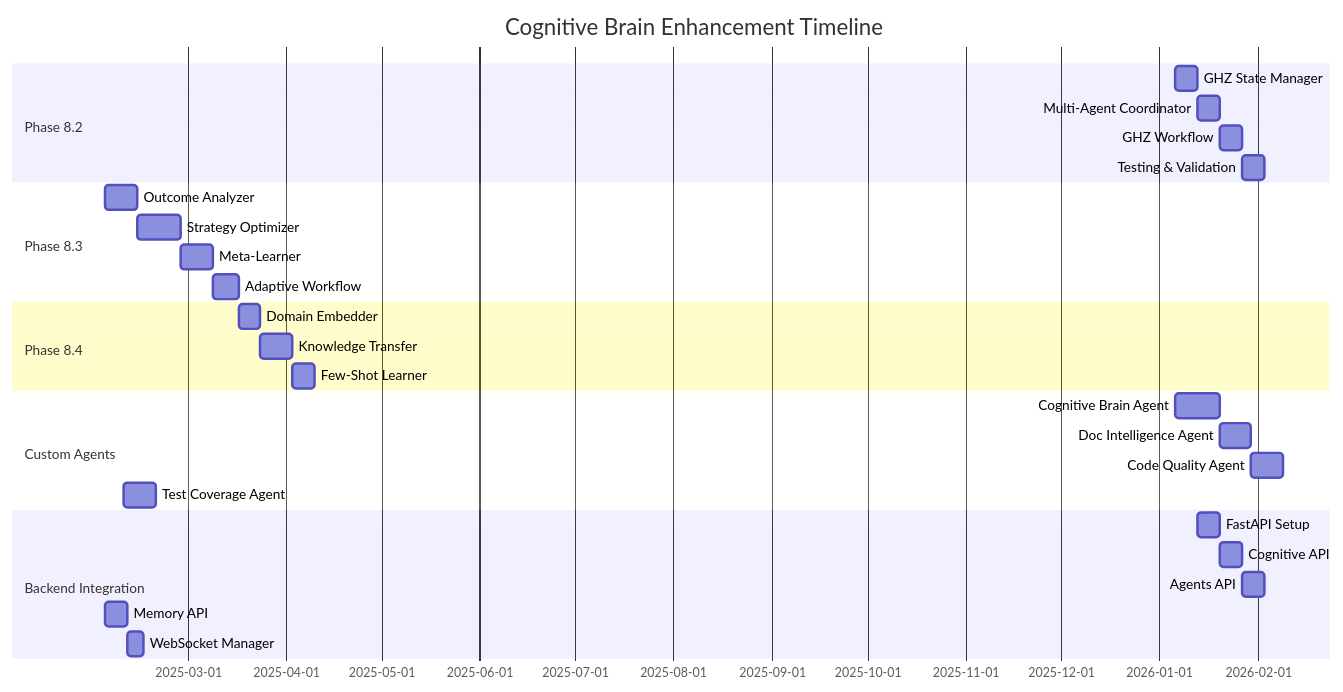
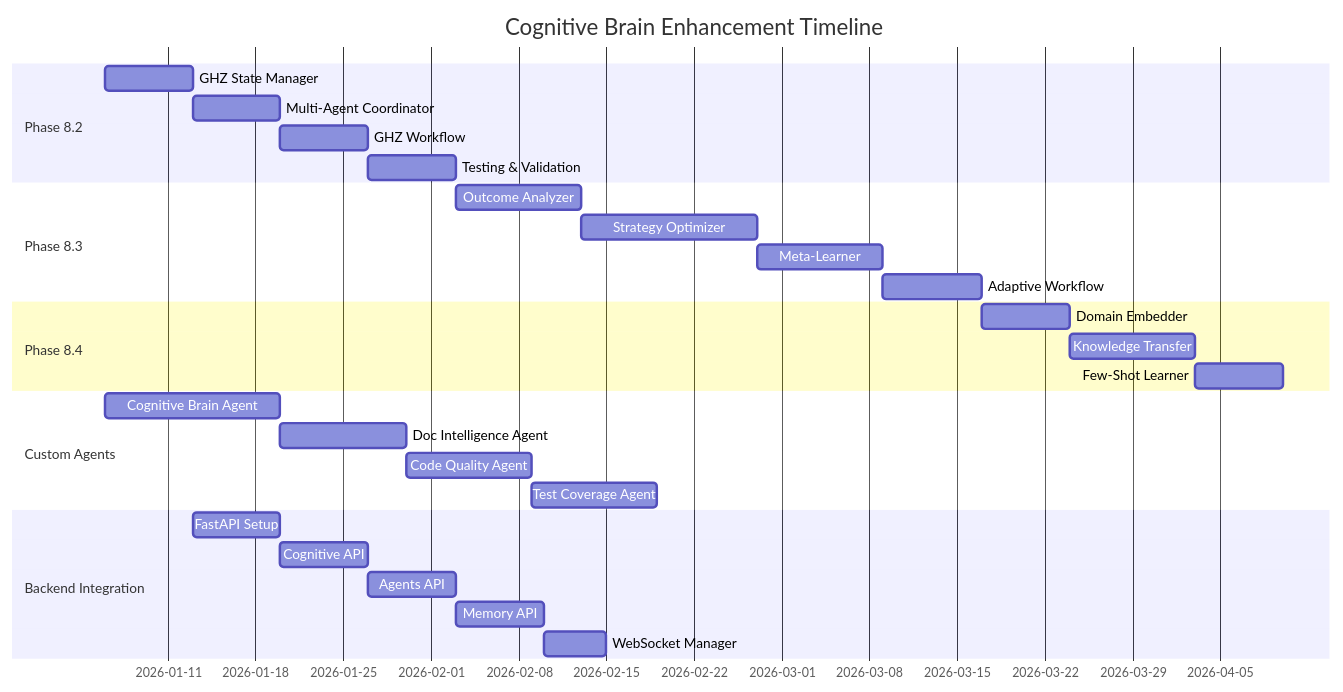
The third of 3 diagrams in .codex/plans/COGNITIVE_BRAIN_STATUS_V2.md (Aries-Serpent/_codex_), drawn with Mermaid before and after one commit. The commit also changed 954 other files, not shown here.

````diff
--- a/.codex/plans/COGNITIVE_BRAIN_STATUS_V2.md
+++ b/.codex/plans/COGNITIVE_BRAIN_STATUS_V2.md
@@ -385,34 +385,34 @@
 ```mermaid
 gantt
     title Cognitive Brain Enhancement Timeline
     dateFormat YYYY-MM-DD
     section Phase 8.2
     GHZ State Manager           :2026-01-06, 7d
     Multi-Agent Coordinator     :2026-01-13, 7d
     GHZ Workflow                :2026-01-20, 7d
     Testing & Validation        :2026-01-27, 7d
     
     section Phase 8.3
-    Outcome Analyzer            :2025-02-03, 10d
-    Strategy Optimizer          :2025-02-13, 14d
-    Meta-Learner                :2025-02-27, 10d
-    Adaptive Workflow           :2025-03-09, 8d
+    Outcome Analyzer            :2026-02-03, 10d
+    Strategy Optimizer          :2026-02-13, 14d
+    Meta-Learner                :2026-02-27, 10d
+    Adaptive Workflow           :2026-03-09, 8d
     
     section Phase 8.4
-    Domain Embedder             :2025-03-17, 7d
-    Knowledge Transfer          :2025-03-24, 10d
-    Few-Shot Learner            :2025-04-03, 7d
+    Domain Embedder             :2026-03-17, 7d
+    Knowledge Transfer          :2026-03-24, 10d
+    Few-Shot Learner            :2026-04-03, 7d
     
     section Custom Agents
     Cognitive Brain Agent       :2026-01-06, 14d
     Doc Intelligence Agent      :2026-01-20, 10d
     Code Quality Agent          :2026-01-30, 10d
-    Test Coverage Agent         :2025-02-09, 10d
+    Test Coverage Agent         :2026-02-09, 10d
     
     section Backend Integration
     FastAPI Setup               :2026-01-13, 7d
     Cognitive API               :2026-01-20, 7d
     Agents API                  :2026-01-27, 7d
-    Memory API                  :2025-02-03, 7d
-    WebSocket Manager           :2025-02-10, 5d
+    Memory API                  :2026-02-03, 7d
+    WebSocket Manager           :2026-02-10, 5d
 ```
````
